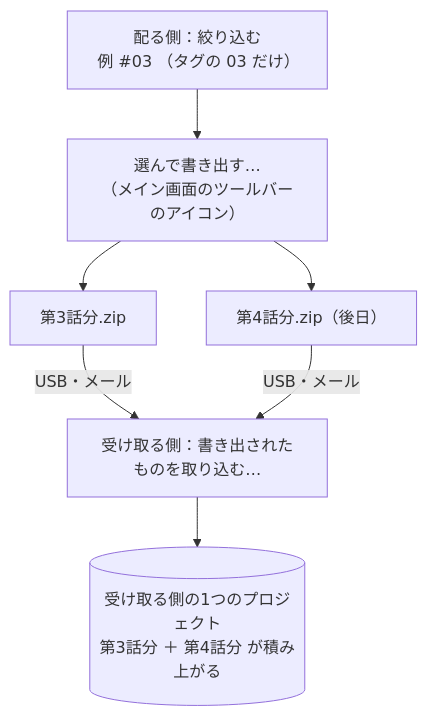
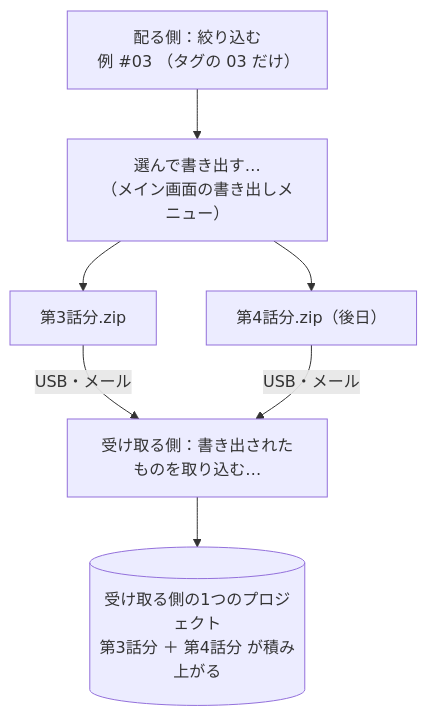
Before and after one commit to animtools/RefPicker: diagram 11 of 15 in SYNC_GUIDE.md, drawn with Mermaid. The commit also changed other lines of this file and 30 other files, not shown here.

First line of the commit message:
docs: 0.7.0 の公開文書と図（タイトルバーのメニュー・ファイルを書き出す）

````diff
--- a/SYNC_GUIDE.md
+++ b/SYNC_GUIDE.md
@@ -480,9 +480,9 @@
 ```mermaid
 flowchart TB
-    F["配る側：絞り込む<br/>例 #03 （タグの 03 だけ）"] --> E["選んで書き出す…<br/>（メイン画面のツールバーのアイコン）"]
+    F["配る側：絞り込む<br/>例 #03 （タグの 03 だけ）"] --> E["選んで書き出す…<br/>（メイン画面の書き出しメニュー）"]
     E --> Z1["第3話分.zip"]
     E --> Z2["第4話分.zip（後日）"]
     Z1 -- "USB・メール" --> I["受け取る側：書き出されたものを取り込む…"]
     Z2 -- "USB・メール" --> I
     I --> P[("受け取る側の1つのプロジェクト<br/>第3話分 ＋ 第4話分 が積み上がる")]
 ```
````
